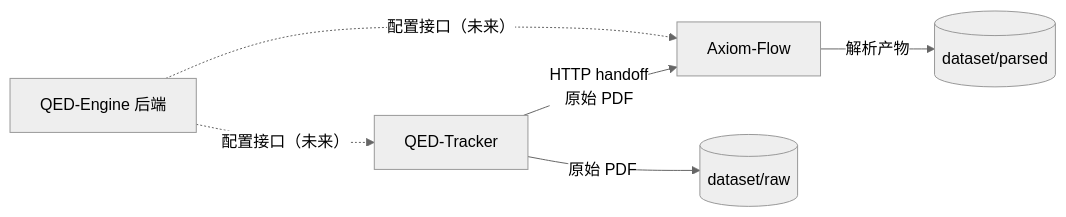
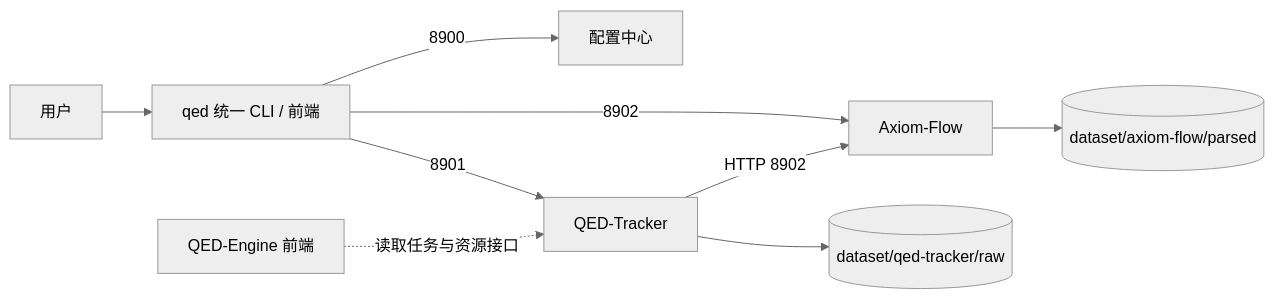
One commit to swfswf1234/QED-Engine changed the diagram in docs/design/service-contracts.md. Above: the diagram before and after it, drawn with Mermaid (neutral theme). The commit also changed other lines of this file and 44 other files, not shown here.

````diff
--- a/docs/design/service-contracts.md
+++ b/docs/design/service-contracts.md
@@ -17,8 +24,11 @@
 ```mermaid
 flowchart LR
-    T[QED-Tracker] -->|HTTP handoff<br/>原始 PDF| A[Axiom-Flow]
-    A -->|解析产物| P[(dataset/parsed)]
-    T -->|原始 PDF| R[(dataset/raw)]
-    E[QED-Engine 后端] -.配置接口（未来）.-> T
-    E -.配置接口（未来）.-> A
+    U[用户] --> CLI[qed 统一 CLI / 前端]
+    CLI -->|8900| CC[配置中心]
+    CLI -->|8901| T[QED-Tracker]
+    CLI -->|8902| A[Axiom-Flow]
+    T -->|HTTP 8902| A
+    T --> R[(dataset/qed-tracker/raw)]
+    A --> P[(dataset/axiom-flow/parsed)]
+    E[QED-Engine 前端] -.读取任务与资源接口.-> T
 ```
````
